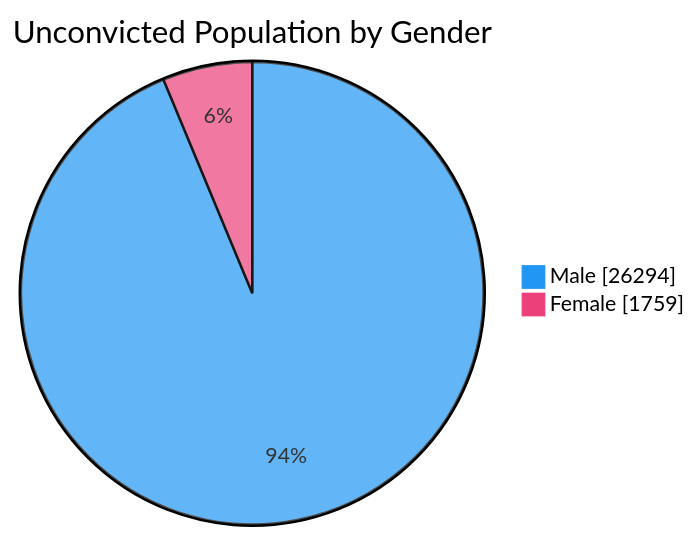
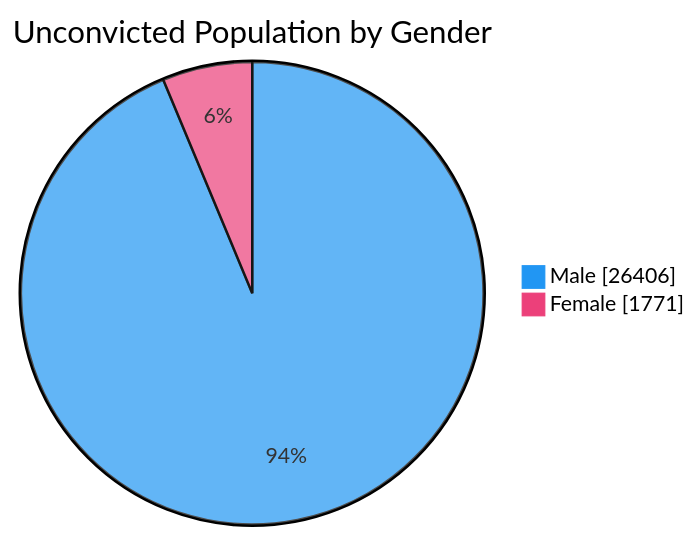
Before and after one commit to nuuuwan/lk_prisons: the fourth of 7 diagrams in README.md, drawn with Mermaid. The commit also changed other lines of this file and 1 other file, not shown here.

````diff
--- a/README.md
+++ b/README.md
@@ -76,6 +76,6 @@
 ```mermaid
 %%{init: {'themeVariables': {'pie1': '#2196F3', 'pie2': '#EC407A'}}}%%
 pie showData title Unconvicted Population by Gender
-    "Male" : 26294
-    "Female" : 1759
+    "Male" : 26406
+    "Female" : 1771
 ```
````
